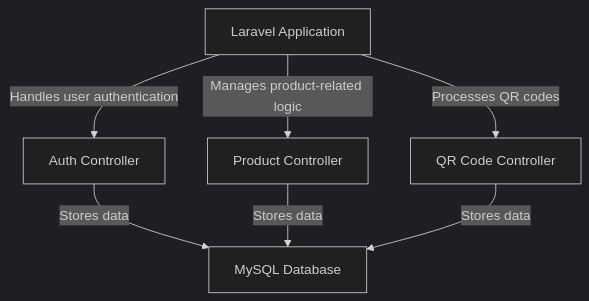
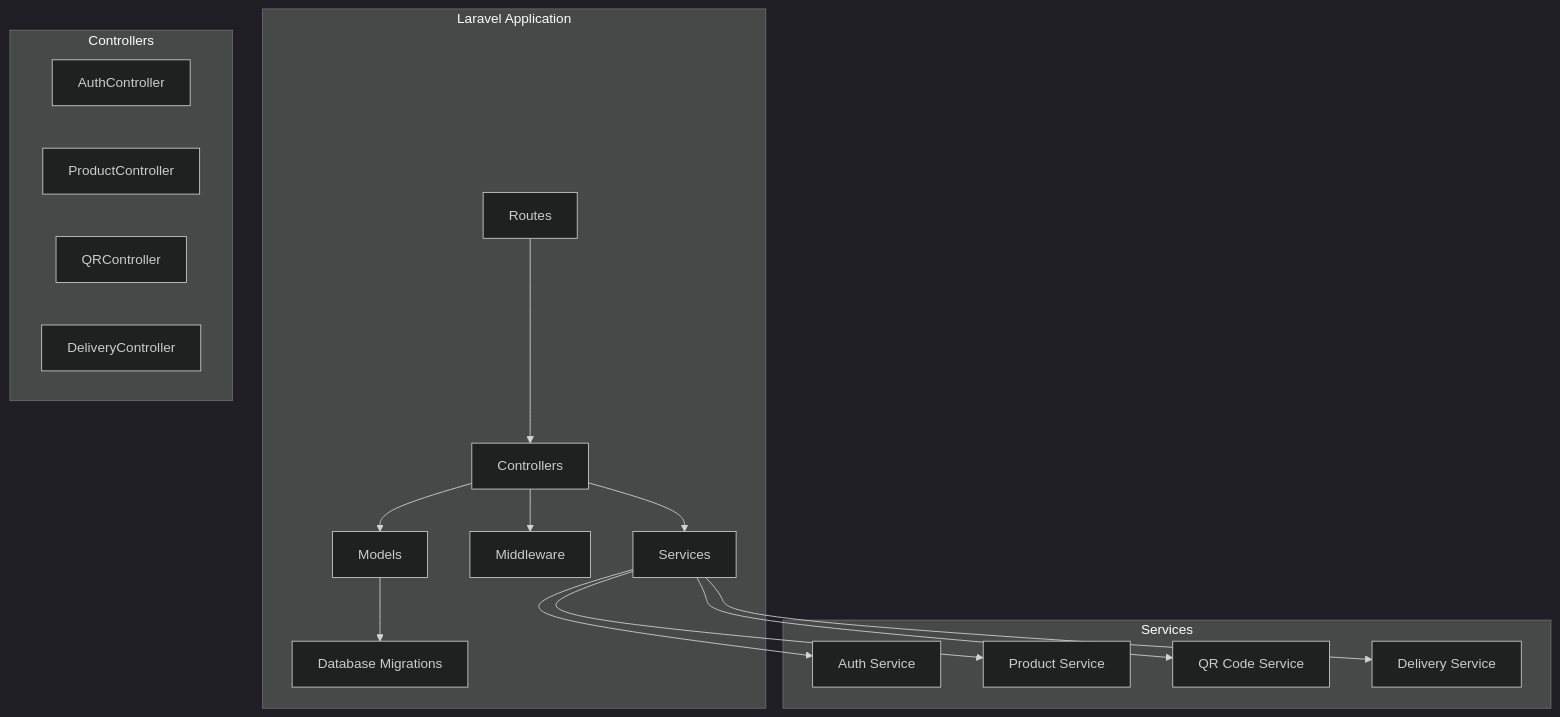
Before and after one commit to OkuhleNdlebe/SpazaSafe: the fourth of 4 diagrams in ARCHITECTURE.md, drawn with Mermaid (dark theme). The commit also changed other lines of this file, not shown here.

````diff
--- a/ARCHITECTURE.md
+++ b/ARCHITECTURE.md
@@ -50,9 +95,35 @@
 ```mermaid
 flowchart TB
-  A[Laravel Application] -->|Handles user authentication| B[Auth Controller]
-  A -->|Manages product-related logic| C[Product Controller]
-  A -->|Processes QR codes| D[QR Code Controller]
-  B -->|Stores data| E[MySQL Database]
-  C -->|Stores data| E
-  D -->|Stores data| E
+  subgraph Laravel Application
+    A[Routes]
+    B[Controllers]
+    C[Models]
+    D[Middleware]
+    E[Services]
+    F[Database Migrations]
+  end
+  
+  subgraph Controllers
+    G[AuthController]
+    H[ProductController]
+    I[QRController]
+    J[DeliveryController]
+  end
+  
+  subgraph Services
+    K[Auth Service]
+    L[Product Service]
+    M[QR Code Service]
+    N[Delivery Service]
+  end
+  
+  A --> B
+  B --> C
+  B --> D
+  B --> E
+  E --> K
+  E --> L
+  E --> M
+  E --> N
+  C --> F
 ```
````
